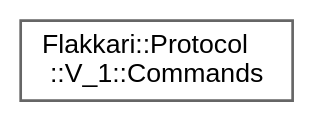
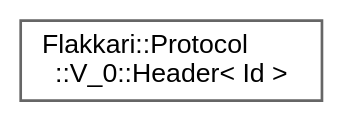
The diagram in inherit_graph_52.dot (MasterLaplace/Flakkari), drawn with Graphviz before and after one commit. The commit also changed 347 other files, not shown here.

```diff
--- a/inherit_graph_52.dot
+++ b/inherit_graph_52.dot
@@ -1,9 +1,9 @@
 digraph "Graphical Class Hierarchy"
 {
  // LATEX_PDF_SIZE
   bgcolor="transparent";
   edge [fontname=Helvetica,fontsize=10,labelfontname=Helvetica,labelfontsize=10];
   node [fontname=Helvetica,fontsize=10,shape=box,height=0.2,width=0.4];
   rankdir="LR";
-  Node0 [id="Node000000",label="Flakkari::Protocol\l::V_1::Commands",height=0.2,width=0.4,color="grey40", fillcolor="white", style="filled",URL="$da/ded/classFlakkari_1_1Protocol_1_1V__1_1_1Commands.html",tooltip=" "];
+  Node0 [id="Node000000",label="Flakkari::Protocol\l::V_0::Header\< Id \>",height=0.2,width=0.4,color="grey40", fillcolor="white", style="filled",URL="$da/da1/structFlakkari_1_1Protocol_1_1V__0_1_1Header.html",tooltip=" "];
 }
```
